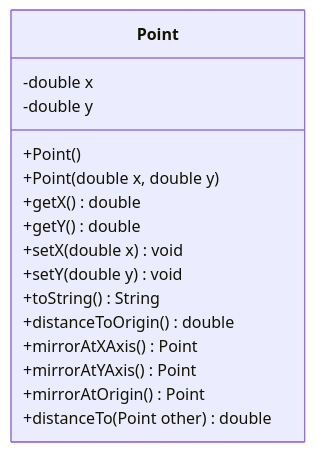
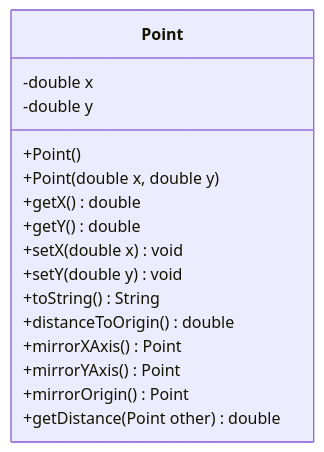
Before and after one commit to SebastianAnhalt/TINF25B5-Programmieren: the diagram in src/de/dhbwka/java/exercise/classes/Point.md, drawn with Mermaid.

Commit message:
fix: standardize the names

````diff
--- a/src/de/dhbwka/java/exercise/classes/Point.md
+++ b/src/de/dhbwka/java/exercise/classes/Point.md
@@ -1,19 +1,19 @@
 ```mermaid
 classDiagram
     class Point {
         -double x
         -double y
         +Point()
         +Point(double x, double y)
         +getX() double
         +getY() double
         +setX(double x) void
         +setY(double y) void
         +toString() String
         +distanceToOrigin() double
-        +mirrorAtXAxis() Point
-        +mirrorAtYAxis() Point
-        +mirrorAtOrigin() Point
-        +distanceTo(Point other) double
+        +mirrorXAxis() Point
+        +mirrorYAxis() Point
+        +mirrorOrigin() Point
+        +getDistance(Point other) double
     }
 ```
````
